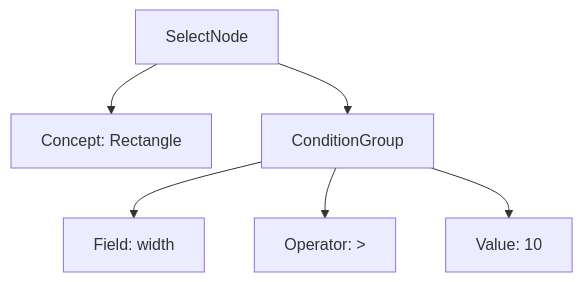
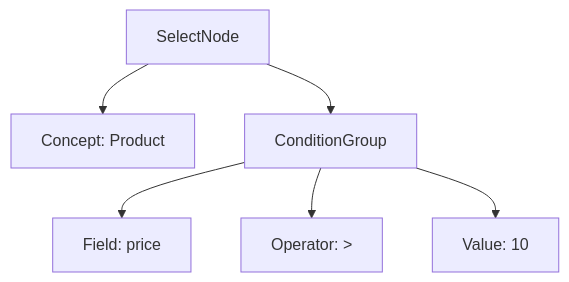
One commit to tranphat1506/KBMS changed the diagram in docs/04-parser-and-lexer-design.md. Above: the diagram before and after it, drawn with Mermaid. The commit also changed other lines of this file and 7 other files, not shown here.

````diff
--- a/docs/04-parser-and-lexer-design.md
+++ b/docs/04-parser-and-lexer-design.md
@@ -30,9 +30,9 @@
 ```mermaid
 graph TD
     Root[SelectNode]
-    Root --> Target[Concept: Rectangle]
+    Root --> Target["Concept: Product"]
     Root --> Cond[ConditionGroup]
-    Cond --> Left[Field: width]
+    Cond --> Left[Field: price]
     Cond --> Op[Operator: >]
     Cond --> Right[Value: 10]
 ```
````
